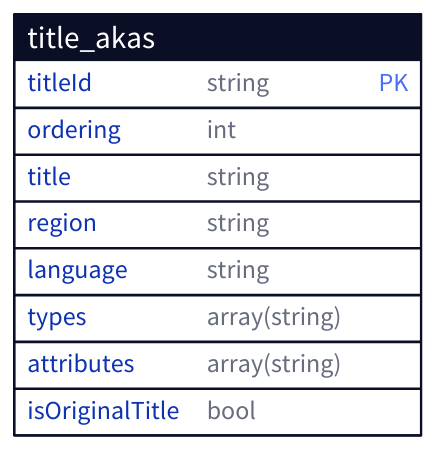
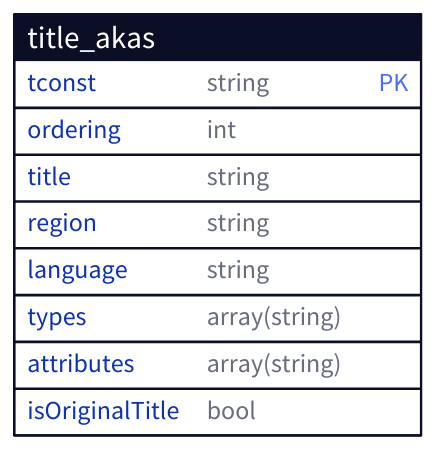
One commit to cenzwong/imdbws-erdigram changed the diagram in imdb_d2/title_akas.d2. Above: the diagram before and after it, drawn with D2. The commit also changed 9 other files, not shown here.

Commit message:
fix: updating schema

```diff
--- a/imdb_d2/title_akas.d2
+++ b/imdb_d2/title_akas.d2
@@ -1,11 +1,11 @@
 title_akas: {
   shape: sql_table
-  titleId: string {constraint: primary_key}
+  tconst: string {constraint: primary_key}
   ordering: int
   title: string
   region: string
   language: string
   types: array(string)
   attributes: array(string)
   isOriginalTitle: bool
 }
```
